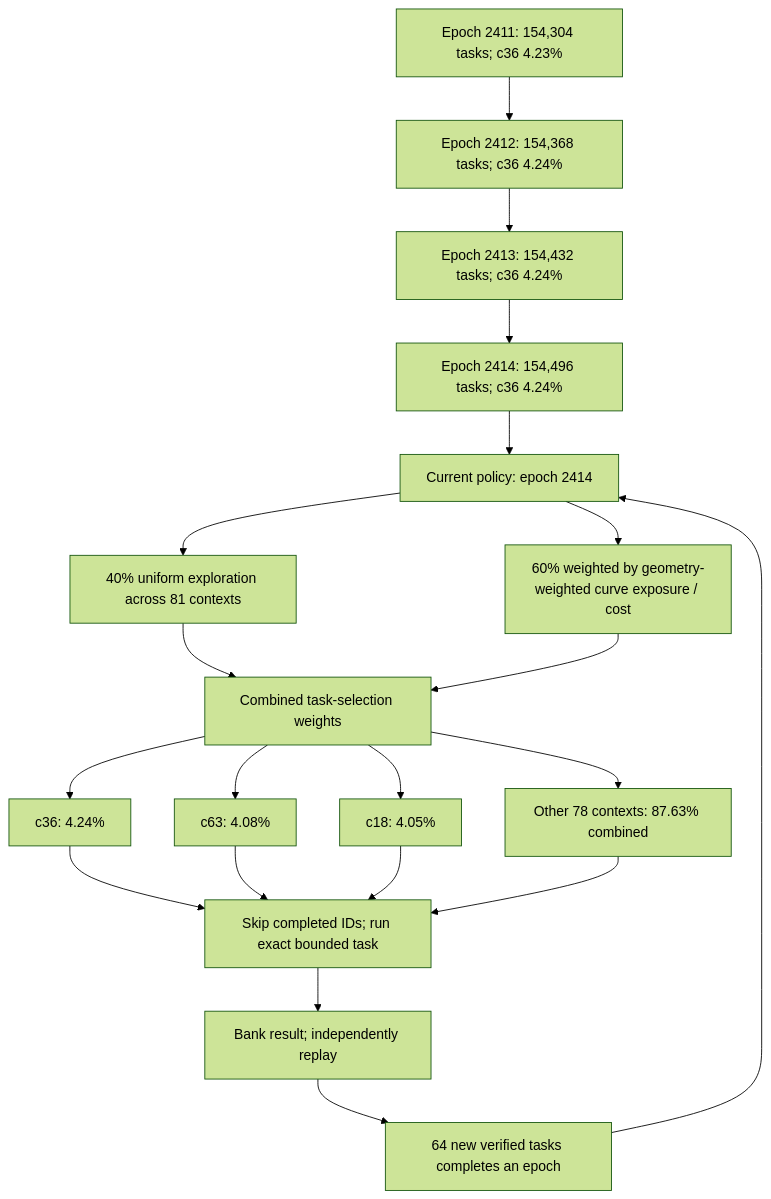
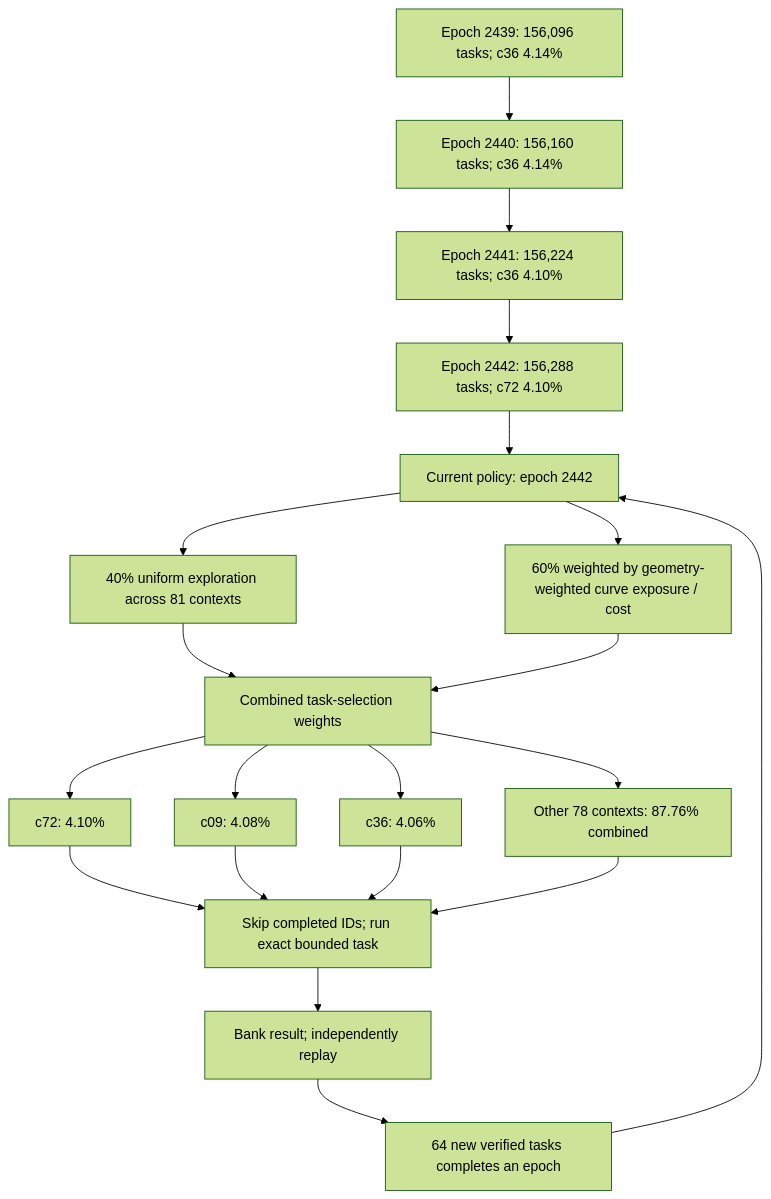
The first of 3 diagrams in README.md (Kuberwastaken/math-gambling), drawn with Mermaid (forest theme) before and after one commit. The commit also changed other lines of this file and 3595 other files, not shown here.

````diff
--- a/README.md
+++ b/README.md
@@ -56,27 +56,27 @@
 ```mermaid
 flowchart TD
-    H0["Epoch 2411: 154,304 tasks; c36 4.23%"]
-    H1["Epoch 2412: 154,368 tasks; c36 4.24%"]
+    H0["Epoch 2439: 156,096 tasks; c36 4.14%"]
+    H1["Epoch 2440: 156,160 tasks; c36 4.14%"]
     H0 --> H1
-    H2["Epoch 2413: 154,432 tasks; c36 4.24%"]
+    H2["Epoch 2441: 156,224 tasks; c36 4.10%"]
     H1 --> H2
-    H3["Epoch 2414: 154,496 tasks; c36 4.24%"]
+    H3["Epoch 2442: 156,288 tasks; c72 4.10%"]
     H2 --> H3
-    Policy["Current policy: epoch 2414"]
+    Policy["Current policy: epoch 2442"]
     H3 --> Policy
     Policy --> Explore["40% uniform exploration across 81 contexts"]
     Policy --> Cost["60% weighted by geometry-weighted curve exposure / cost"]
     Explore --> Mix["Combined task-selection weights"]
     Cost --> Mix
-    Mix --> C0["c36: 4.24%"]
-    Mix --> C1["c63: 4.08%"]
-    Mix --> C2["c18: 4.05%"]
-    Mix --> Rest["Other 78 contexts: 87.63% combined"]
+    Mix --> C0["c72: 4.10%"]
+    Mix --> C1["c09: 4.08%"]
+    Mix --> C2["c36: 4.06%"]
+    Mix --> Rest["Other 78 contexts: 87.76% combined"]
     C0 --> Check["Skip completed IDs; run exact bounded task"]
     C1 --> Check
     C2 --> Check
     Rest --> Check
     Check --> Replay["Bank result; independently replay"]
     Replay --> Gate["64 new verified tasks completes an epoch"]
     Gate --> Policy
 ```
````
